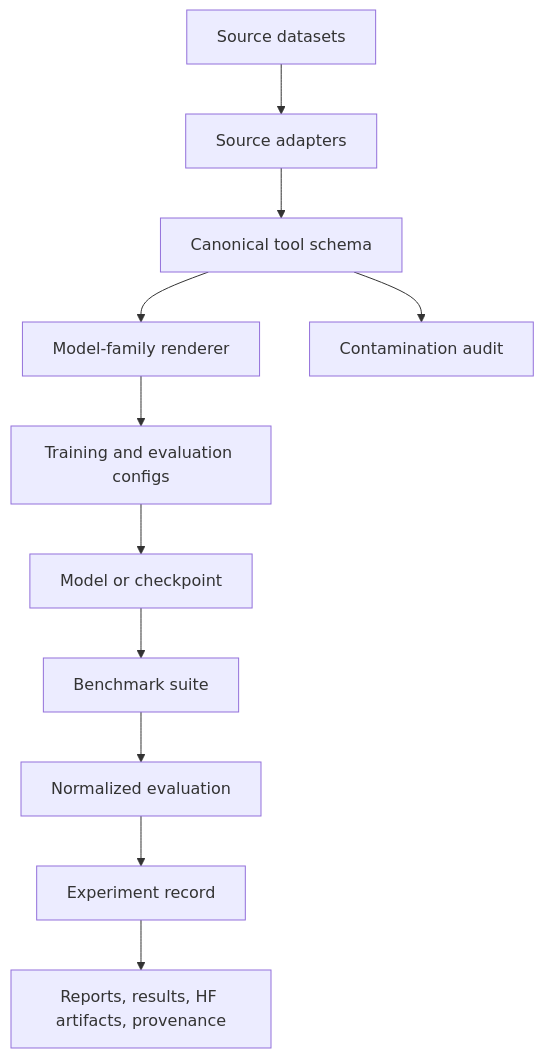
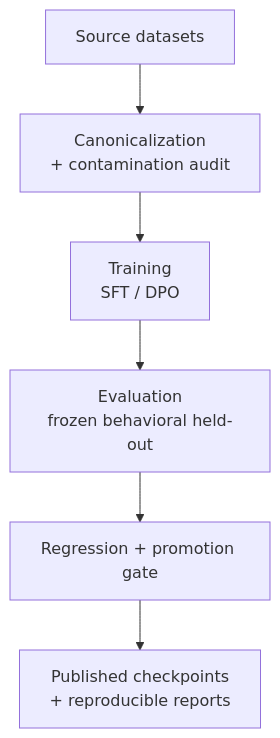
One commit to arjhinety/OpenGrad changed the diagram in README.md. Above: the diagram before and after it, drawn with Mermaid. The commit also changed other lines of this file and 17 other files, not shown here.

````diff
--- a/README.md
+++ b/README.md
@@ -335,13 +121,8 @@
 ```mermaid
 flowchart TD
-    A[Source datasets] --> B[Source adapters]
-    B --> C[Canonical tool schema]
-    C --> D[Model-family renderer]
-    C --> E[Contamination audit]
-    D --> F[Training and evaluation configs]
-    F --> G[Model or checkpoint]
-    G --> H[Benchmark suite]
-    H --> I[Normalized evaluation]
-    I --> J[Experiment record]
-    J --> K[Reports, results, HF artifacts, provenance]
+    A[Source datasets] --> B[Canonicalization<br/>+ contamination audit]
+    B --> C[Training<br/>SFT / DPO]
+    C --> D[Evaluation<br/>frozen behavioral held-out]
+    D --> E[Regression + promotion gate]
+    E --> F[Published checkpoints<br/>+ reproducible reports]
 ```
````
